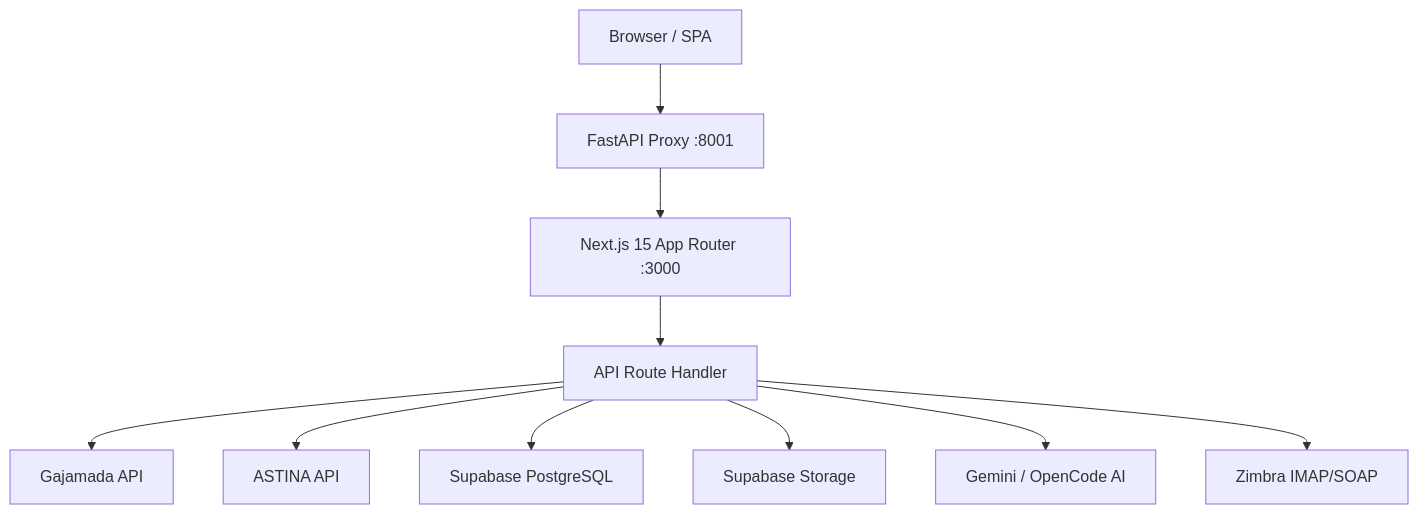
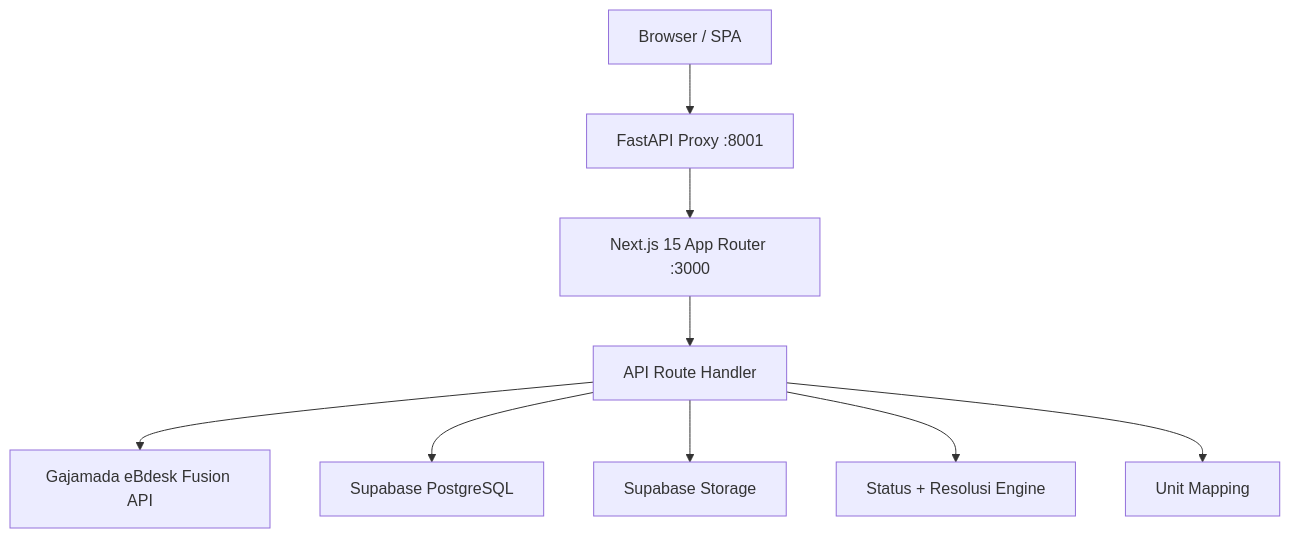
The diagram in brain/architecture.md (Kilodash/SIMONDU_WEB), drawn with Mermaid before and after one commit. The commit also changed other lines of this file and 22 other files, not shown here.

First line of the commit message:
feat: migrate to new Polda Jabar 3-bucket status model + unit sync from Gajamada

````diff
--- a/brain/architecture.md
+++ b/brain/architecture.md
@@ -12,12 +31,11 @@
 ```mermaid
 graph TD
     A[Browser / SPA] --> B[FastAPI Proxy :8001]
     B --> C[Next.js 15 App Router :3000]
     C --> D[API Route Handler]
-    D --> E[Gajamada API]
-    D --> F[ASTINA API]
+    D --> E[Gajamada eBdesk Fusion API]
     D --> G[Supabase PostgreSQL]
     D --> H[Supabase Storage]
-    D --> I[Gemini / OpenCode AI]
-    D --> J[Zimbra IMAP/SOAP]
+    D --> K[Status + Resolusi Engine]
+    D --> L[Unit Mapping]
 ```
````
